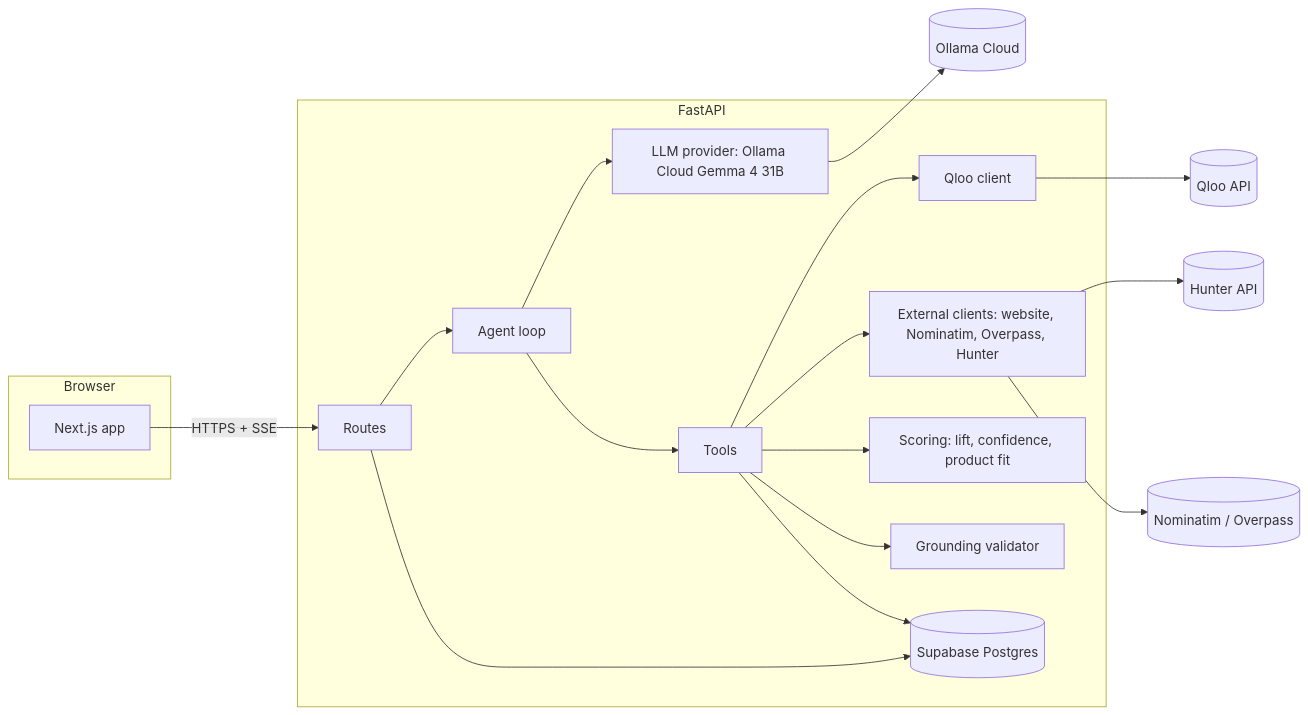
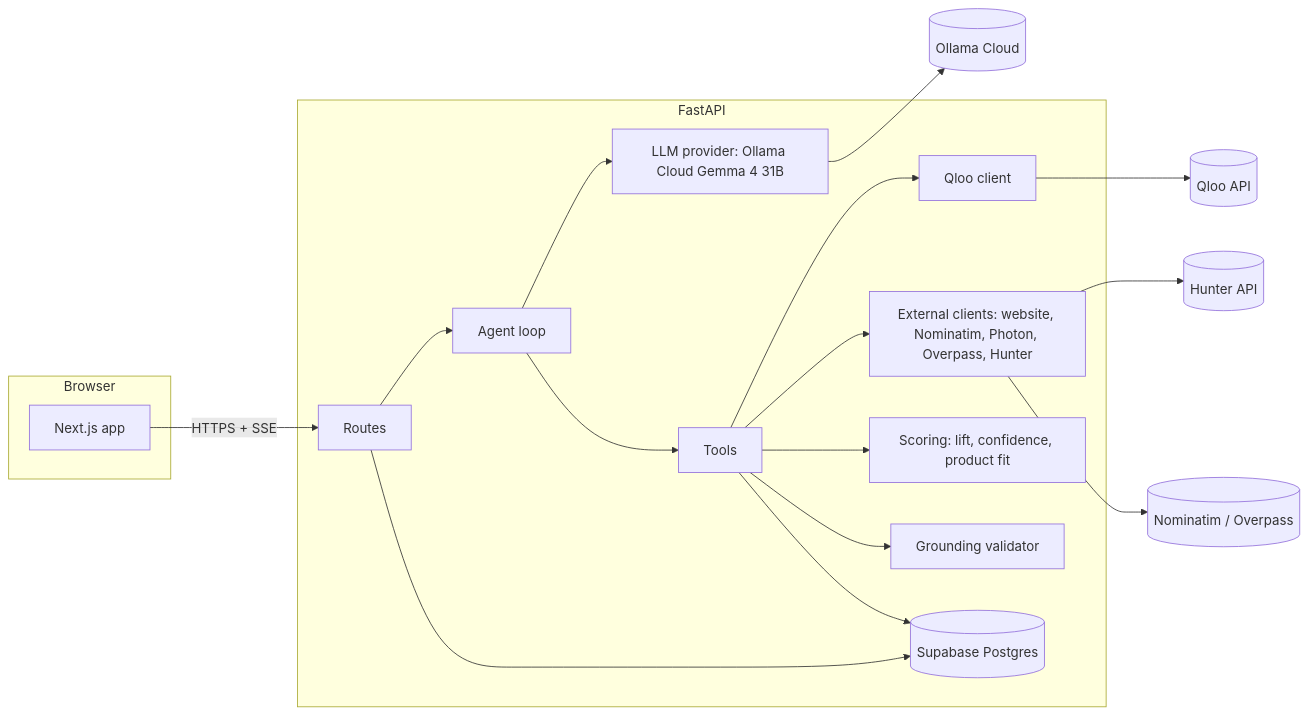
One commit to divyanshu-patil/TasteRoute changed the first of 2 diagrams in docs/03-architecture.md. Above: the diagram before and after it, drawn with Mermaid. The commit also changed other lines of this file and 24 other files, not shown here.

````diff
--- a/docs/03-architecture.md
+++ b/docs/03-architecture.md
@@ -55,34 +55,34 @@
 ```mermaid
 flowchart LR
   subgraph Browser
     W[Next.js app]
   end
   subgraph API[FastAPI]
     R[Routes]
     AG[Agent loop]
     T[Tools]
     Q[Qloo client]
-    X[External clients: website, Nominatim, Overpass, Hunter]
+    X[External clients: website, Nominatim, Photon, Overpass, Hunter]
     S[Scoring: lift, confidence, product fit]
     G[Grounding validator]
     L[LLM provider: Ollama Cloud Gemma 4 31B]
     DB[(Supabase Postgres)]
   end
   QL[(Qloo API)]
   OC[(Ollama Cloud)]
   HU[(Hunter API)]
   OSM[(Nominatim / Overpass)]
 
   W -- HTTPS + SSE --> R
   R --> AG
   AG --> L
   AG --> T
   T --> Q --> QL
   T --> X --> HU
   X --> OSM
   T --> S
   T --> G
   L --> OC
   R --> DB
   T --> DB
 ```
````
